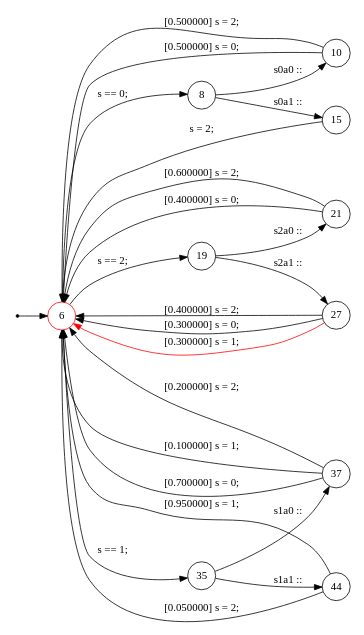
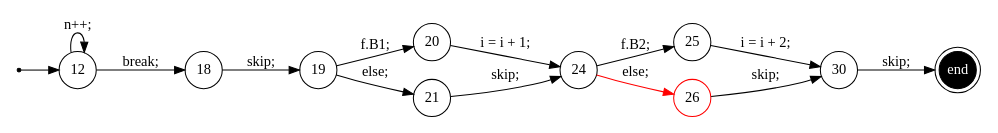
One commit to samilazregsuidi/Daedalux changed the diagram in trace/6.dot. Above: the diagram before and after it, drawn with Graphviz. The commit also changed 118 other files, not shown here.

```diff
--- a/trace/6.dot
+++ b/trace/6.dot
@@ -1,39 +1,29 @@
 digraph finite_state_machine {
 	rankdir=LR
 	size="8,5"
-	93824993319552 [label = 6, shape = doublecircle, color = red, fixedsize = true]; 
-	s93824993319552 [shape = point];
-	 93824993319552 [label = 6, shape = circle, color = red, fixedsize = true ];
-	 93824993310416 [label = 8, shape = circle, fixedsize = true ];
-	 93824993310976 [label = 10, shape = circle, fixedsize = true ];
-	 93824993312496 [label = 15, shape = circle, fixedsize = true ];
-	 93824993312944 [label = 19, shape = circle, fixedsize = true ];
-	 93824993313712 [label = 21, shape = circle, fixedsize = true ];
-	 93824993315232 [label = 27, shape = circle, fixedsize = true ];
-	 93824993316688 [label = 35, shape = circle, fixedsize = true ];
-	 93824993317632 [label = 37, shape = circle, fixedsize = true ];
-	 93824993325184 [label = 44, shape = circle, fixedsize = true ];
-	s93824993319552 -> 93824993319552;
-	93824993319552 -> 93824993310416 [ label = "s == 0; "];
-	93824993310416 -> 93824993310976 [ label = "s0a0 :: "];
-	93824993310976 -> 93824993319552 [ label = " [0.500000] s = 0; "];
-	93824993310976 -> 93824993319552 [ label = " [0.500000] s = 2; "];
-	93824993310416 -> 93824993312496 [ label = "s0a1 :: "];
-	93824993312496 -> 93824993319552 [ label = "s = 2; "];
-	93824993319552 -> 93824993312944 [ label = "s == 2; "];
-	93824993312944 -> 93824993313712 [ label = "s2a0 :: "];
-	93824993313712 -> 93824993319552 [ label = " [0.400000] s = 0; "];
-	93824993313712 -> 93824993319552 [ label = " [0.600000] s = 2; "];
-	93824993312944 -> 93824993315232 [ label = "s2a1 :: "];
-	93824993315232 -> 93824993319552 [ label = " [0.400000] s = 2; "];
-	93824993315232 -> 93824993319552 [ label = " [0.300000] s = 0; "];
-	93824993315232 -> 93824993319552 [color = red, label = " [0.300000] s = 1; "];
-	93824993319552 -> 93824993316688 [ label = "s == 1; "];
-	93824993316688 -> 93824993317632 [ label = "s1a0 :: "];
-	93824993317632 -> 93824993319552 [ label = " [0.100000] s = 1; "];
-	93824993317632 -> 93824993319552 [ label = " [0.700000] s = 0; "];
-	93824993317632 -> 93824993319552 [ label = " [0.200000] s = 2; "];
-	93824993316688 -> 93824993325184 [ label = "s1a1 :: "];
-	93824993325184 -> 93824993319552 [ label = " [0.950000] s = 1; "];
-	93824993325184 -> 93824993319552 [ label = " [0.050000] s = 2; "];
+	93824994178208 [label = 12, shape = doublecircle, fixedsize = true]; 
+	s93824994178208 [shape = point];
+	e93824994173872 [shape = doublecircle, fixedsize = true, style = filled, fillcolor = black, fontcolor = white,  label = end];
+	 93824994178208 [label = 12, shape = circle, fixedsize = true ];
+	 93824994170560 [label = 18, shape = circle, fixedsize = true ];
+	 93824994170896 [label = 19, shape = circle, fixedsize = true ];
+	 93824994171728 [label = 20, shape = circle, fixedsize = true ];
+	 93824994172480 [label = 21, shape = circle, fixedsize = true ];
+	 93824994172256 [label = 24, shape = circle, fixedsize = true ];
+	 93824994173344 [label = 25, shape = circle, fixedsize = true ];
+	 93824994174096 [label = 26, shape = circle, color = red, fixedsize = true ];
+	 93824994173872 [label = 30, shape = circle, fixedsize = true ];
+	s93824994178208 -> 93824994178208;
+	93824994178208 -> 93824994170560 [ label = "break; "];
+	93824994178208 -> 93824994178208 [ label = "n++; "];
+	93824994170560 -> 93824994170896 [ label = "skip; "];
+	93824994170896 -> 93824994171728 [ label = "f.B1; "];
+	93824994171728 -> 93824994172256 [ label = "i = i + 1; "];
+	93824994170896 -> 93824994172480 [ label = "else; "];
+	93824994172480 -> 93824994172256 [ label = "skip; "];
+	93824994172256 -> 93824994173344 [ label = "f.B2; "];
+	93824994173344 -> 93824994173872 [ label = "i = i + 2; "];
+	93824994172256 -> 93824994174096 [color = red, label = "else; "];
+	93824994174096 -> 93824994173872 [ label = "skip; "];
+	93824994173872 -> e93824994173872 [ label = "skip; "];
 }
```
